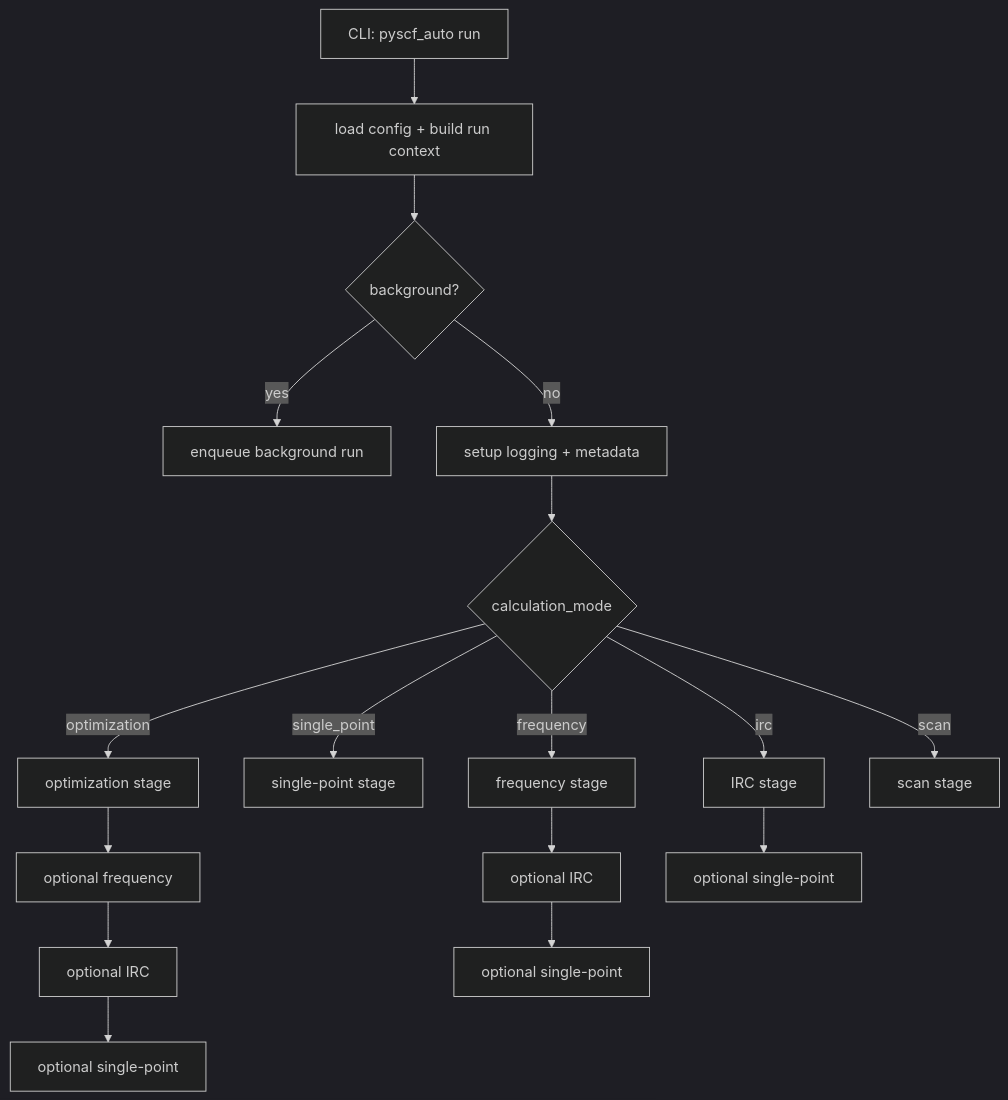
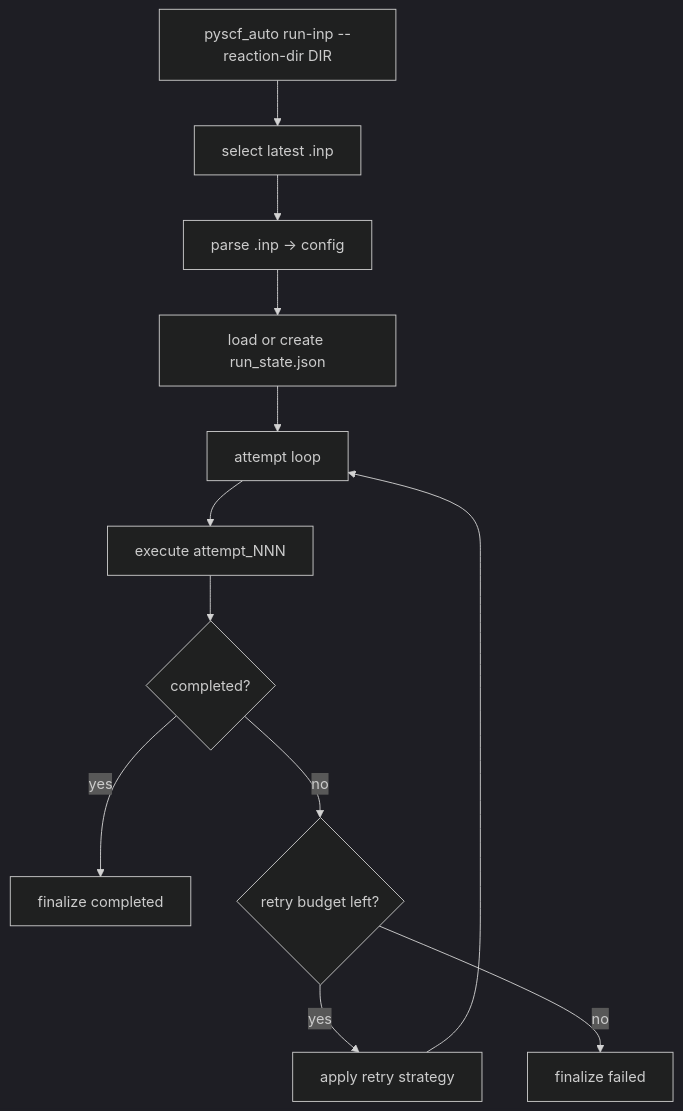
The diagram in docs/en/workflows.md (dhsohn/pyscf_auto), drawn with Mermaid (dark theme) before and after one commit. The commit also changed other lines of this file and 38 other files, not shown here.

````diff
--- a/docs/en/workflows.md
+++ b/docs/en/workflows.md
@@ -13,19 +9,14 @@
 ```mermaid
 flowchart TD
-  A[CLI: pyscf_auto run] --> B[load config + build run context]
-  B --> C{background?}
-  C -->|yes| D[enqueue background run]
-  C -->|no| E[setup logging + metadata]
-  E --> F{calculation_mode}
-  F -->|optimization| G[optimization stage]
-  F -->|single_point| H[single-point stage]
-  F -->|frequency| I[frequency stage]
-  F -->|irc| J[IRC stage]
-  F -->|scan| K[scan stage]
-  G --> G1[optional frequency]
-  G1 --> G2[optional IRC]
-  G2 --> G3[optional single-point]
-  I --> I1[optional IRC]
-  I1 --> I2[optional single-point]
-  J --> J1[optional single-point]
+  A[pyscf_auto run-inp --reaction-dir DIR] --> B[select latest .inp]
+  B --> C[parse .inp -> config]
+  C --> D[load or create run_state.json]
+  D --> E[attempt loop]
+  E --> F[execute attempt_NNN]
+  F --> G{completed?}
+  G -->|yes| H[finalize completed]
+  G -->|no| I{retry budget left?}
+  I -->|yes| J[apply retry strategy]
+  J --> E
+  I -->|no| K[finalize failed]
 ```
````
